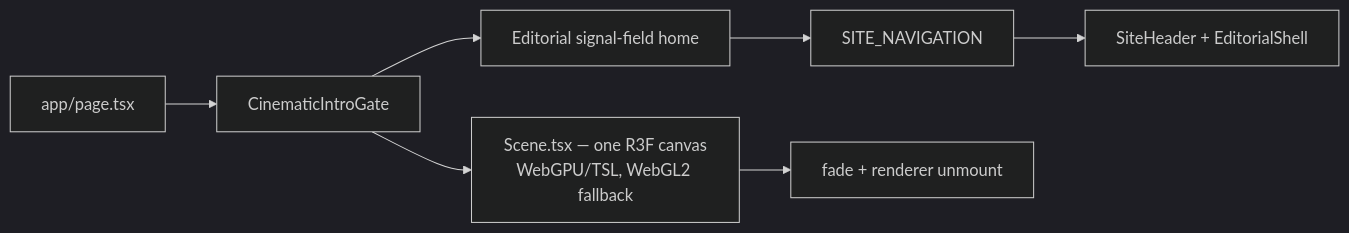
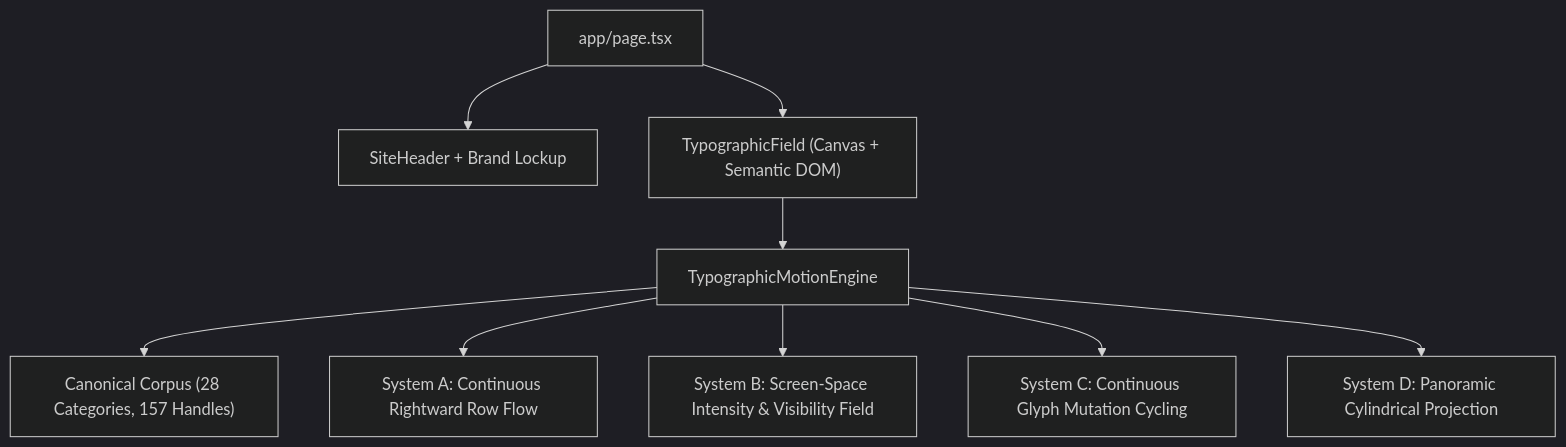
Before and after one commit to lions-admin/lions-of-zion: the second of 5 diagrams in docs/architecture.md, drawn with Mermaid (dark theme). The commit also changed other lines of this file and 263 other files, not shown here.

````diff
--- a/docs/architecture.md
+++ b/docs/architecture.md
@@ -114,9 +113,11 @@
 ```mermaid
-flowchart LR
-    Page["app/page.tsx"] --> Gate["CinematicIntroGate"]
-    Gate --> Scene["Scene.tsx — one R3F canvas<br/>WebGPU/TSL, WebGL2 fallback"]
-    Gate --> Home["Editorial signal-field home"]
-    Home --> Nav["SITE_NAVIGATION"]
-    Nav --> Shell["SiteHeader + EditorialShell"]
-    Scene --> Handoff["fade + renderer unmount"]
+flowchart TB
+    Page["app/page.tsx"] --> Shell["SiteHeader + Brand Lockup"]
+    Page --> Field["TypographicField (Canvas + Semantic DOM)"]
+    Field --> Engine["TypographicMotionEngine"]
+    Engine --> Bank["Canonical Corpus (28 Categories, 157 Handles)"]
+    Engine --> SysA["System A: Continuous Rightward Row Flow"]
+    Engine --> SysB["System B: Screen-Space Intensity & Visibility Field"]
+    Engine --> SysC["System C: Continuous Glyph Mutation Cycling"]
+    Engine --> SysD["System D: Panoramic Cylindrical Projection"]
 ```
````
